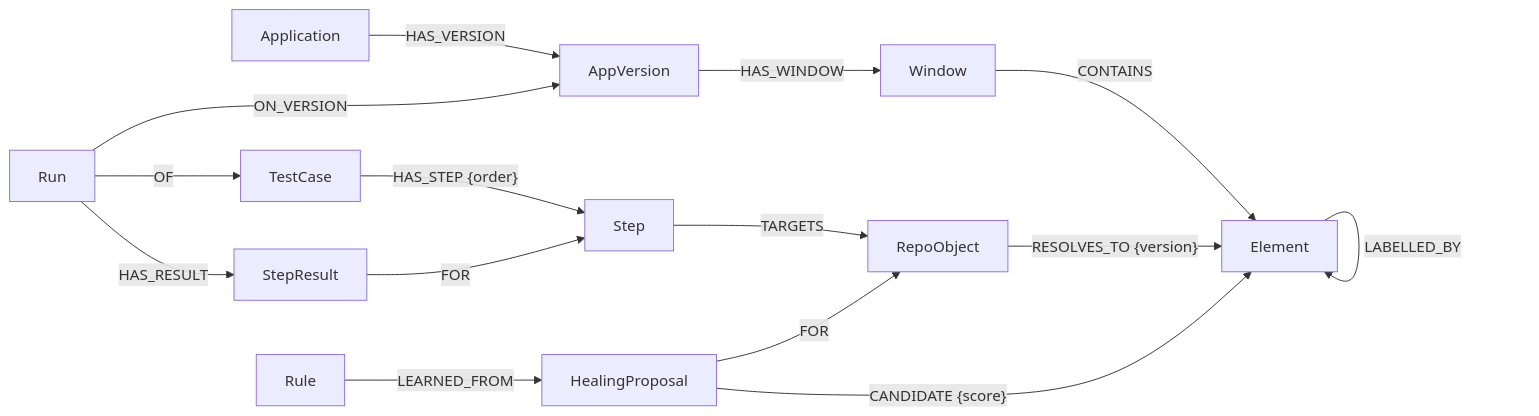
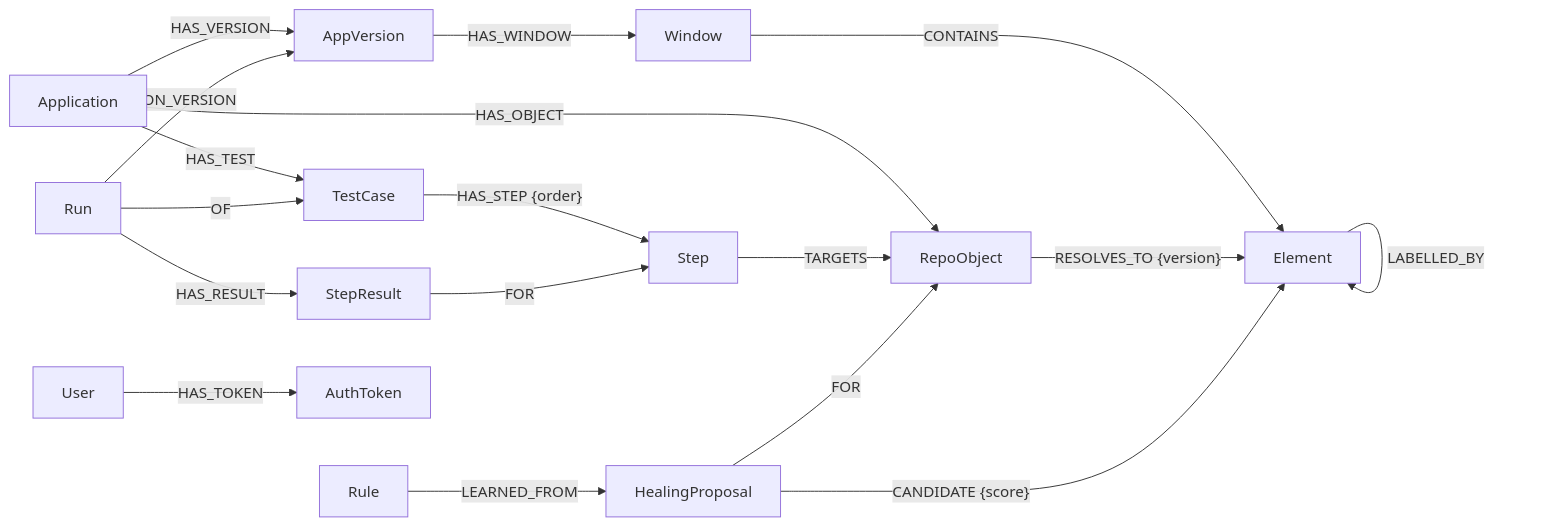
Before and after one commit to galipdg/AYNA: the seventh of 10 diagrams in docs/sdd/SDD.md, drawn with Mermaid. The commit also changed other lines of this file and 1 other file, not shown here.

````diff
--- a/docs/sdd/SDD.md
+++ b/docs/sdd/SDD.md
@@ -308,18 +309,21 @@
 ```mermaid
 graph LR
   Application -- HAS_VERSION --> AppVersion
+  Application -- HAS_TEST --> TestCase
+  Application -- HAS_OBJECT --> RepoObject
   AppVersion -- HAS_WINDOW --> Window
   Window -- CONTAINS --> Element
   Element -- CONTAINS --> Element
   Element -- LABELLED_BY --> Element
   RepoObject -- "RESOLVES_TO {version}" --> Element
   TestCase -- "HAS_STEP {order}" --> Step
   Step -- TARGETS --> RepoObject
   Run -- OF --> TestCase
   Run -- ON_VERSION --> AppVersion
   Run -- HAS_RESULT --> StepResult
   StepResult -- FOR --> Step
   HealingProposal -- FOR --> RepoObject
   HealingProposal -- "CANDIDATE {score}" --> Element
   Rule -- LEARNED_FROM --> HealingProposal
+  User -- HAS_TOKEN --> AuthToken
 ```
````
